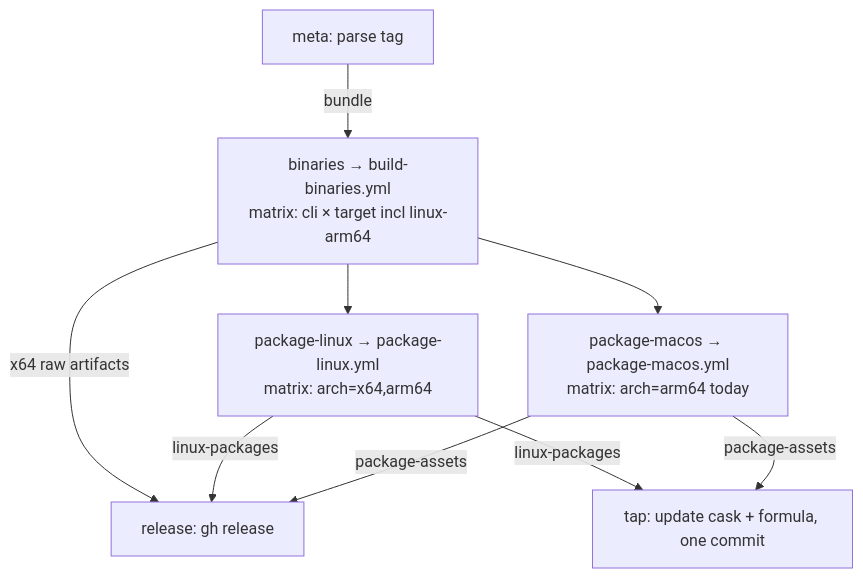
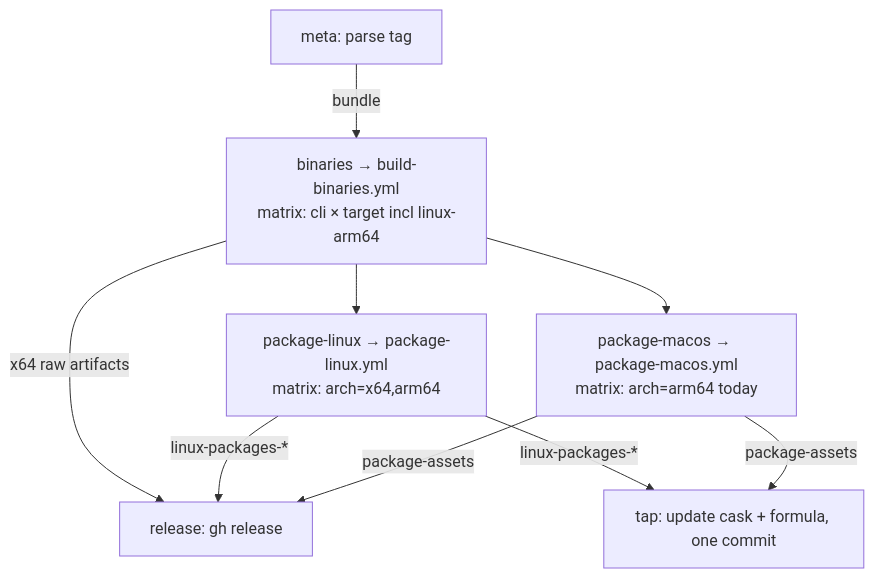
Before and after one commit to forwardimpact/monorepo: the diagram in specs/2190-homebrew-on-linux/design-a.md, drawn with Mermaid. The commit also changed other lines of this file and 4 other files, not shown here.

````diff
--- a/specs/2190-homebrew-on-linux/design-a.md
+++ b/specs/2190-homebrew-on-linux/design-a.md
@@ -39,11 +39,11 @@
 ```mermaid
 flowchart TD
   meta[meta: parse tag] -->|bundle| build[binaries → build-binaries.yml<br/>matrix: cli × target incl linux-arm64]
   build --> pmac[package-macos → package-macos.yml<br/>matrix: arch=arm64 today]
   build --> plin[package-linux → package-linux.yml<br/>matrix: arch=x64,arm64]
   pmac -->|package-assets| rel[release: gh release]
-  plin -->|linux-packages| rel
+  plin -->|linux-packages-*| rel
   build -->|x64 raw artifacts| rel
   pmac -->|package-assets| tap[tap: update cask + formula, one commit]
-  plin -->|linux-packages| tap
+  plin -->|linux-packages-*| tap
 ```
````
